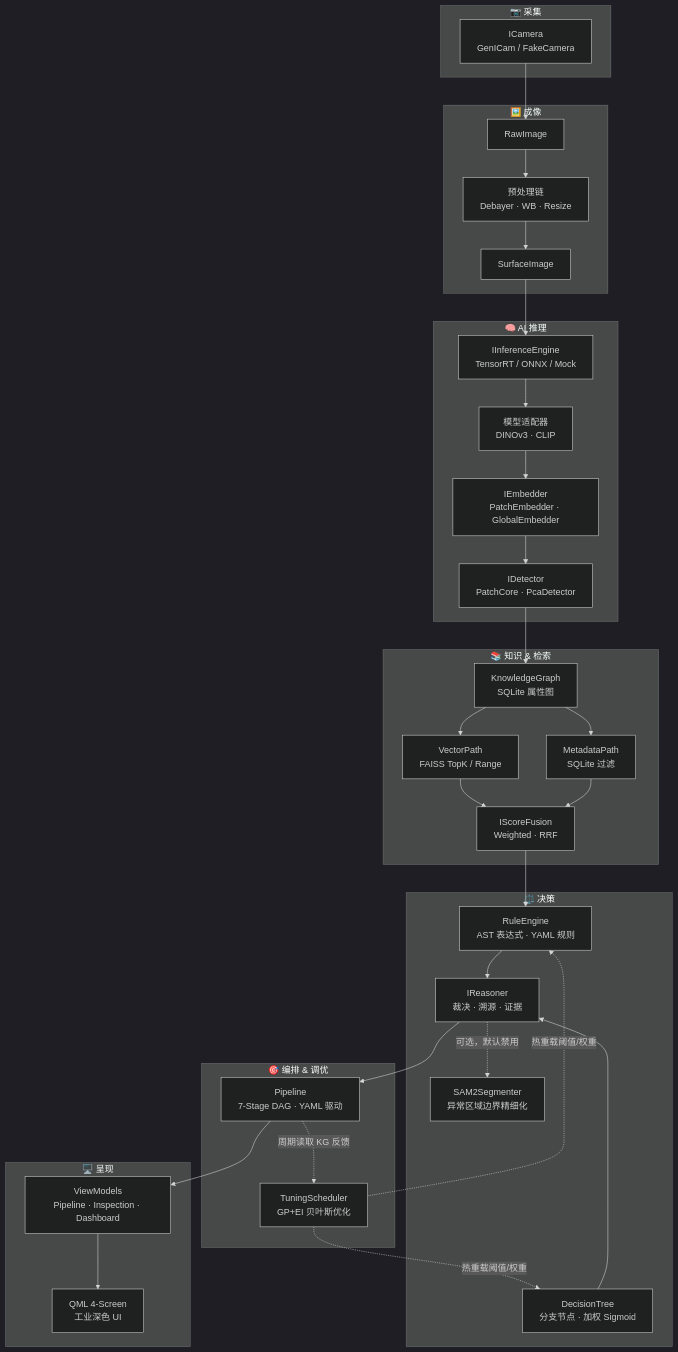
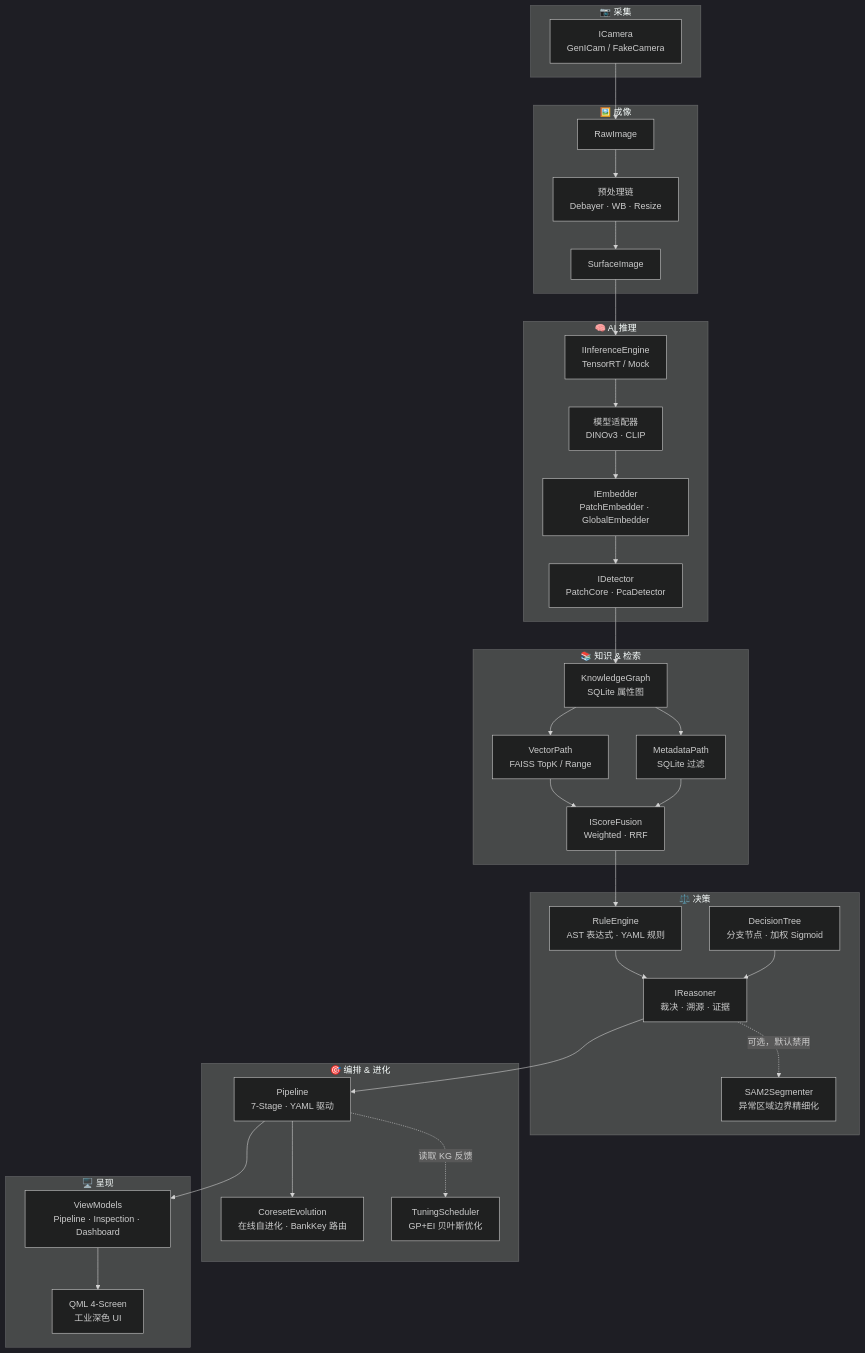
Before and after one commit to celien99/surface-ai: the diagram in README.md, drawn with Mermaid (dark theme). The commit also changed other lines of this file, not shown here.

First line of the commit message:
docs: 📝 更新 README 移除 ONNX/daemon 过时内容，新增多 SKU 自进化章节

````diff
--- a/README.md
+++ b/README.md
@@ -25,58 +25,58 @@
 ```mermaid
 graph TB
     subgraph L1["📷 采集"]
         Camera["ICamera<br/>GenICam / FakeCamera"]
     end
 
     subgraph L2["🖼️ 成像"]
         Raw["RawImage"] --> Pipe["预处理链<br/>Debayer · WB · Resize"]
         Pipe --> Surf["SurfaceImage"]
     end
 
     subgraph L3["🧠 AI 推理"]
-        Engine["IInferenceEngine<br/>TensorRT / ONNX / Mock"]
+        Engine["IInferenceEngine<br/>TensorRT / Mock"]
         Adapt["模型适配器<br/>DINOv3 · CLIP"]
         Emb["IEmbedder<br/>PatchEmbedder · GlobalEmbedder"]
         Det["IDetector<br/>PatchCore · PcaDetector"]
         Engine --> Adapt --> Emb --> Det
     end
 
     subgraph L4["📚 知识 & 检索"]
         KG["KnowledgeGraph<br/>SQLite 属性图"]
         VP["VectorPath<br/>FAISS TopK / Range"]
         MP["MetadataPath<br/>SQLite 过滤"]
         Fusion["IScoreFusion<br/>Weighted · RRF"]
         KG --> VP & MP --> Fusion
     end
 
     subgraph L5["⚖️ 决策"]
         Rule["RuleEngine<br/>AST 表达式 · YAML 规则"]
         Tree["DecisionTree<br/>分支节点 · 加权 Sigmoid"]
         Reason["IReasoner<br/>裁决 · 溯源 · 证据"]
         SAM2["SAM2Segmenter<br/>异常区域边界精细化"]
         Rule --> Reason
         Tree --> Reason
         Reason -.->|可选，默认禁用| SAM2
     end
 
-    subgraph L6["🎯 编排 & 调优"]
-        PL["Pipeline<br/>7-Stage DAG · YAML 驱动"]
+    subgraph L6["🎯 编排 & 进化"]
+        PL["Pipeline<br/>7-Stage · YAML 驱动"]
+        Evo["CoresetEvolution<br/>在线自进化 · BankKey 路由"]
         Tune["TuningScheduler<br/>GP+EI 贝叶斯优化"]
-        PL -.->|周期读取 KG 反馈| Tune
-        Tune -.->|热重载阈值/权重| Rule
-        Tune -.->|热重载阈值/权重| Tree
+        PL --> Evo
+        PL -.->|读取 KG 反馈| Tune
     end
 
     subgraph L7["🖥️ 呈现"]
         VM["ViewModels<br/>Pipeline · Inspection · Dashboard"]
         UI["QML 4-Screen<br/>工业深色 UI"]
         VM --> UI
     end
 
     Camera --> Raw
     Surf --> Engine
     Det --> KG
     Fusion --> Rule
     Reason --> PL
     PL --> VM
 ```
````
